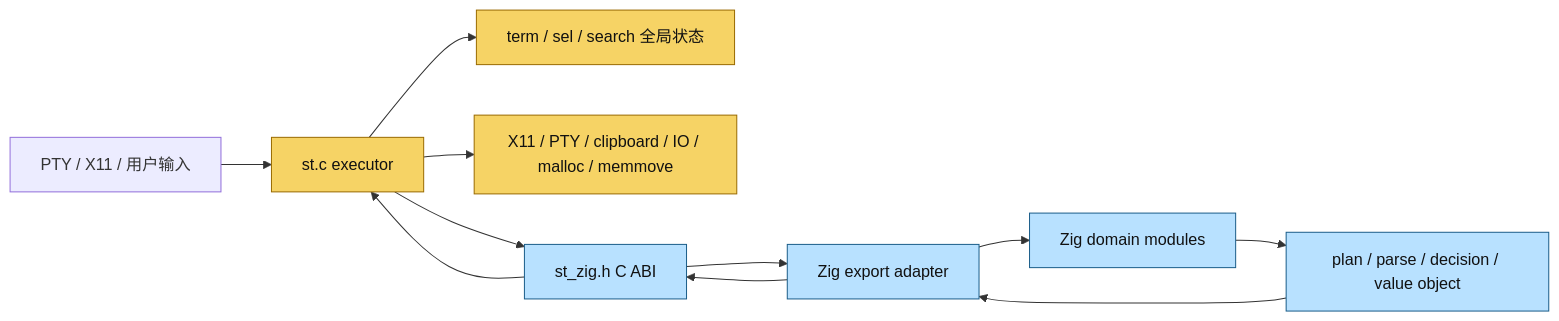
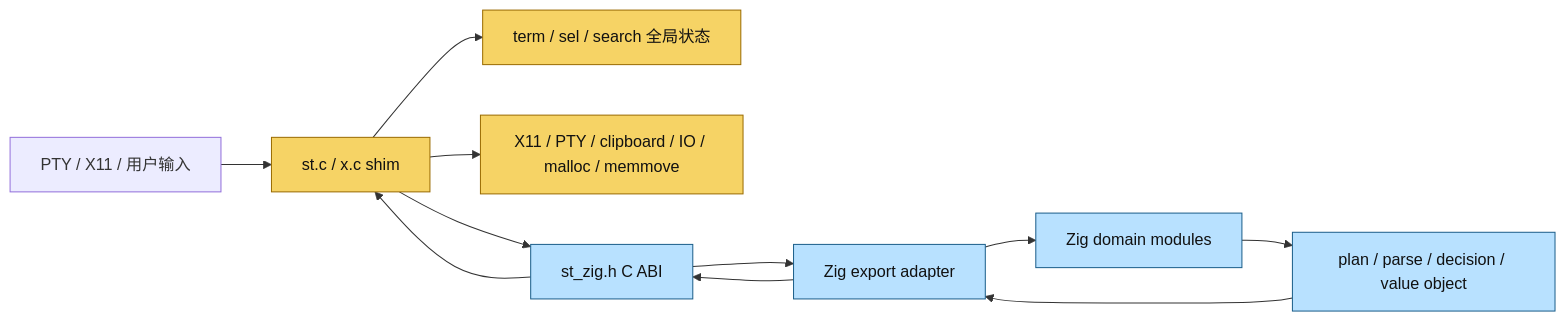
The first of 9 diagrams in docs/architecture-flow.md (zdzDesigner/st), drawn with Mermaid before and after one commit. The commit also changed other lines of this file and 8 other files, not shown here.

````diff
--- a/docs/architecture-flow.md
+++ b/docs/architecture-flow.md
@@ -7,18 +7,18 @@
 ```mermaid
 flowchart LR
-    Input[PTY / X11 / 用户输入] --> C[st.c executor]
+    Input[PTY / X11 / 用户输入] --> C[st.c / x.c shim]
     C --> State[term / sel / search 全局状态]
     C --> SideEffects[X11 / PTY / clipboard / IO / malloc / memmove]
     C --> H[st_zig.h C ABI]
     H --> Adapter[Zig export adapter]
     Adapter --> Domain[Zig domain modules]
     Domain --> Plan[plan / parse / decision / value object]
     Plan --> Adapter
     Adapter --> H
     H --> C
 
     classDef c fill:#f6d365,stroke:#9a6b00,color:#111;
     classDef zig fill:#b8e1ff,stroke:#1b5e8a,color:#111;
     class C,State,SideEffects c;
     class H,Adapter,Domain,Plan zig;
 ```
````
